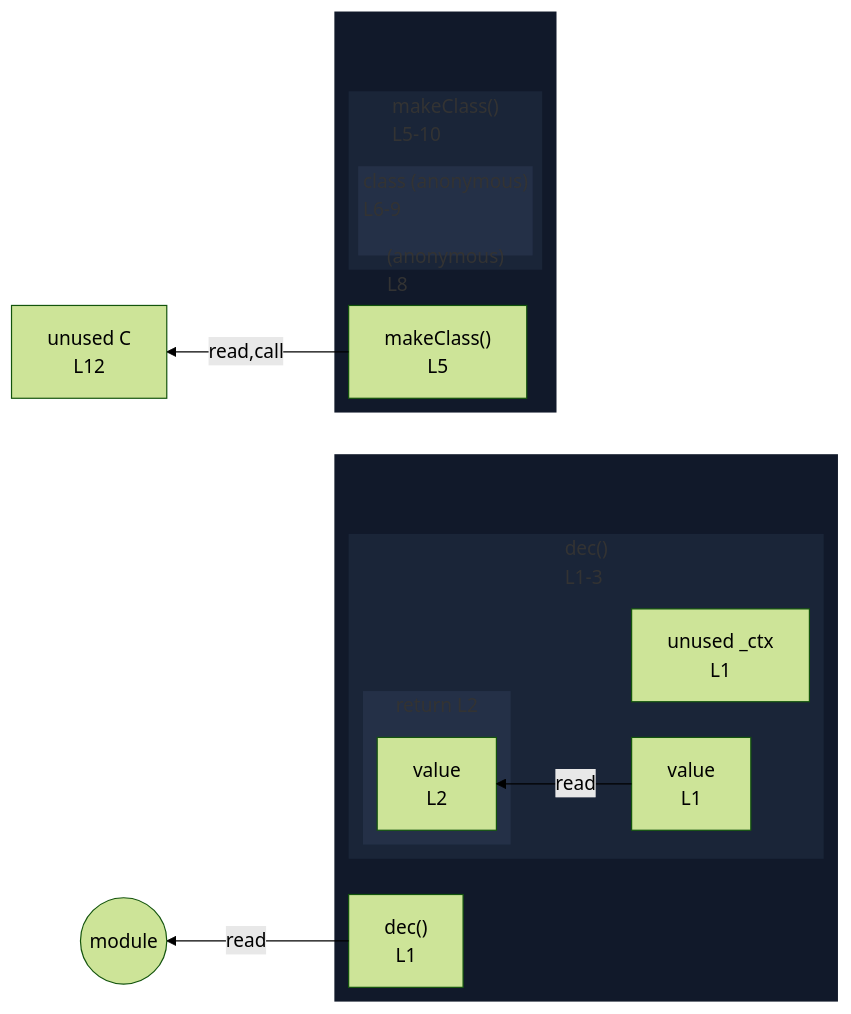
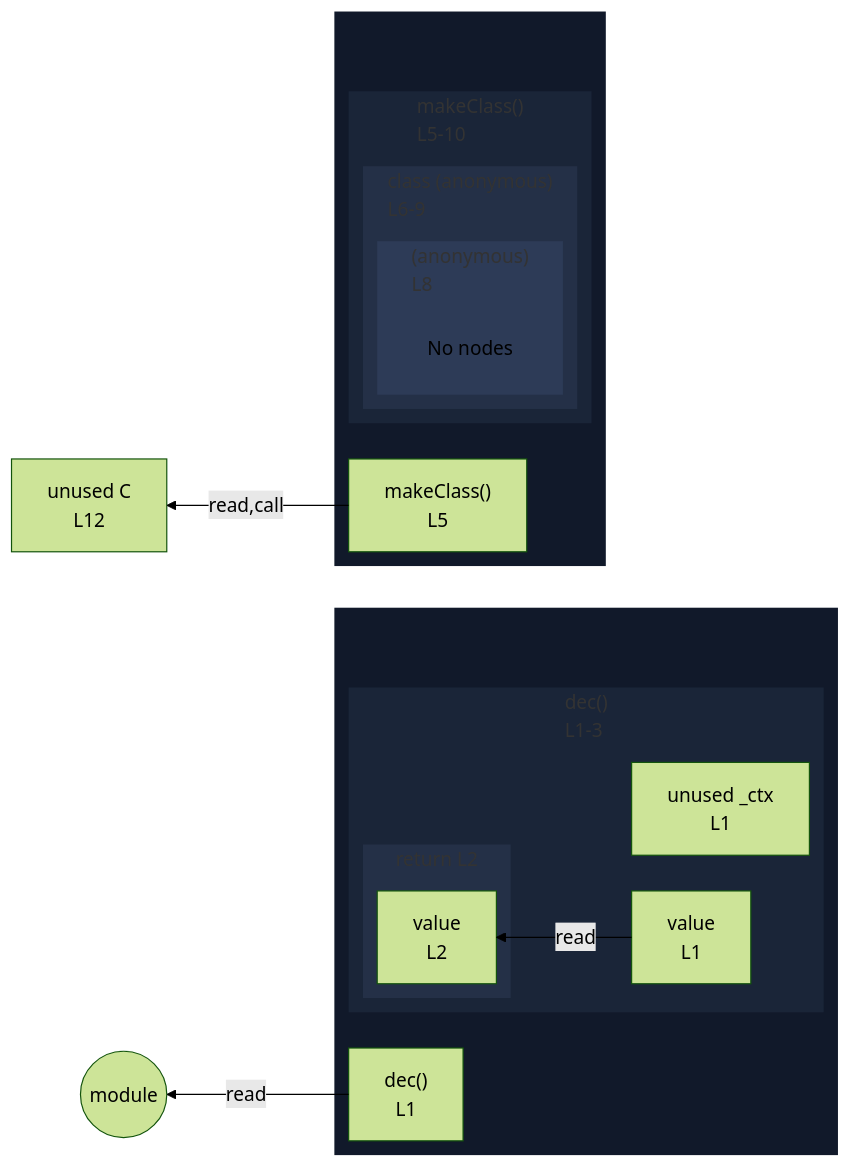
The diagram in integration/fixtures/class/expression/decorator-on-member-in-return/preview.md (crescware/unsnarl), drawn with Mermaid (forest theme) before and after one commit. The commit also changed 55 other files, not shown here.

First line of the commit message:
Always emit a 'No nodes' placeholder in empty elk subgraphs

````diff
--- a/integration/fixtures/class/expression/decorator-on-member-in-return/preview.md
+++ b/integration/fixtures/class/expression/decorator-on-member-in-return/preview.md
@@ -22,46 +22,49 @@
 ```mermaid
 %%{init: {"flowchart": {"defaultRenderer": "elk"}}}%%
 flowchart RL
   n_scope_0_C_139["unused C<br/>L12"]
   subgraph wrap_s_scope_1[" "]
     direction TB
     n_scope_0_dec_9["dec()<br/>L1"]
     subgraph s_scope_1["dec()<br/>L1-3"]
       direction RL
       n_scope_1_value_13["value<br/>L1"]
       n_scope_1__ctx_29["unused _ctx<br/>L1"]
       subgraph s_return_scope_0_dec_9_48_61["return L2"]
         direction RL
         ret_use_ref_0["value<br/>L2"]
       end
     end
   end
   subgraph wrap_s_scope_2[" "]
     direction TB
     n_scope_0_makeClass_74["makeClass()<br/>L5"]
     subgraph s_scope_2["makeClass()<br/>L5-10"]
       direction RL
       subgraph s_scope_3["class (anonymous)<br/>L6-9"]
         direction RL
         subgraph s_scope_4["(anonymous)<br/>L8"]
           direction RL
+          elk_empty_s_scope_4["No nodes"]
         end
       end
     end
   end
   n_scope_1_value_13 -->|read| ret_use_ref_0
   n_scope_0_dec_9 -->|read| module_root
   n_scope_0_makeClass_74 -->|read,call| n_scope_0_C_139
   module_root((module))
   classDef nestL1 fill:#11192a,stroke:transparent;
   class wrap_s_scope_1 nestL1;
   class wrap_s_scope_2 nestL1;
   classDef nestL2 fill:#1a2538,stroke:transparent;
   class s_scope_1 nestL2;
   class s_scope_2 nestL2;
   classDef nestL3 fill:#243047,stroke:transparent;
   class s_return_scope_0_dec_9_48_61 nestL3;
   class s_scope_3 nestL3;
   classDef nestL4 fill:#2d3b57,stroke:transparent;
   class s_scope_4 nestL4;
+  classDef elkEmptyPlaceholder fill:transparent,stroke:transparent;
+  class elk_empty_s_scope_4 elkEmptyPlaceholder;
 ```
````
